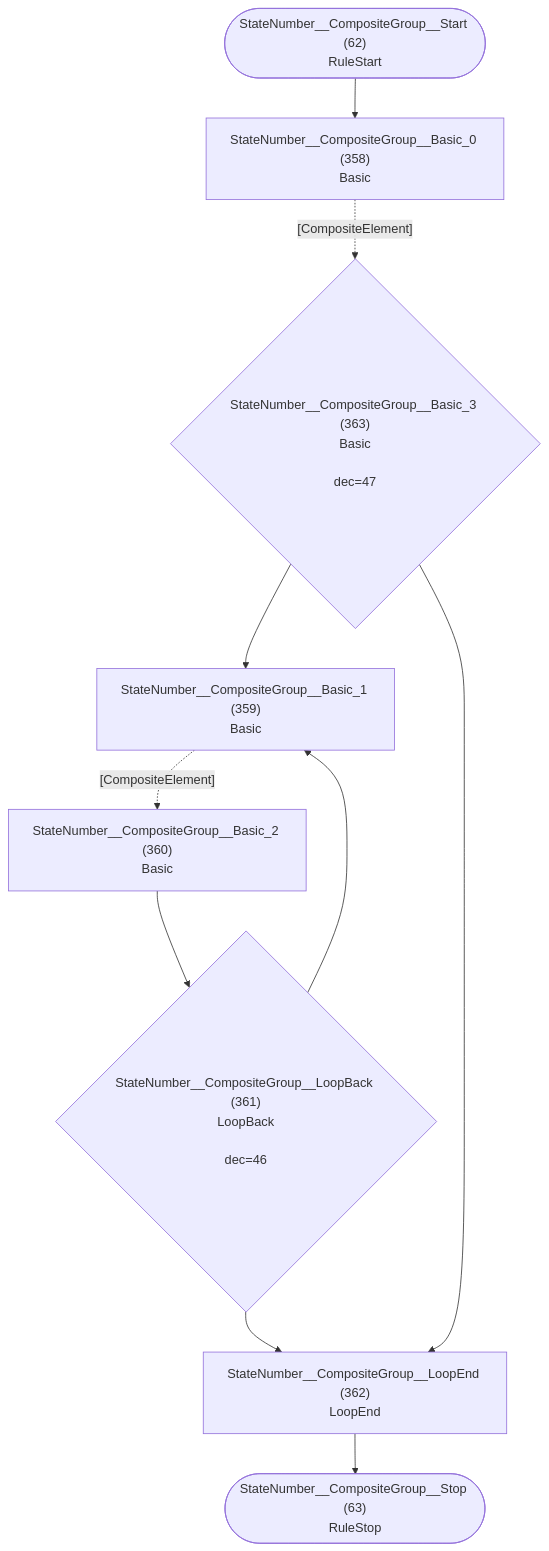
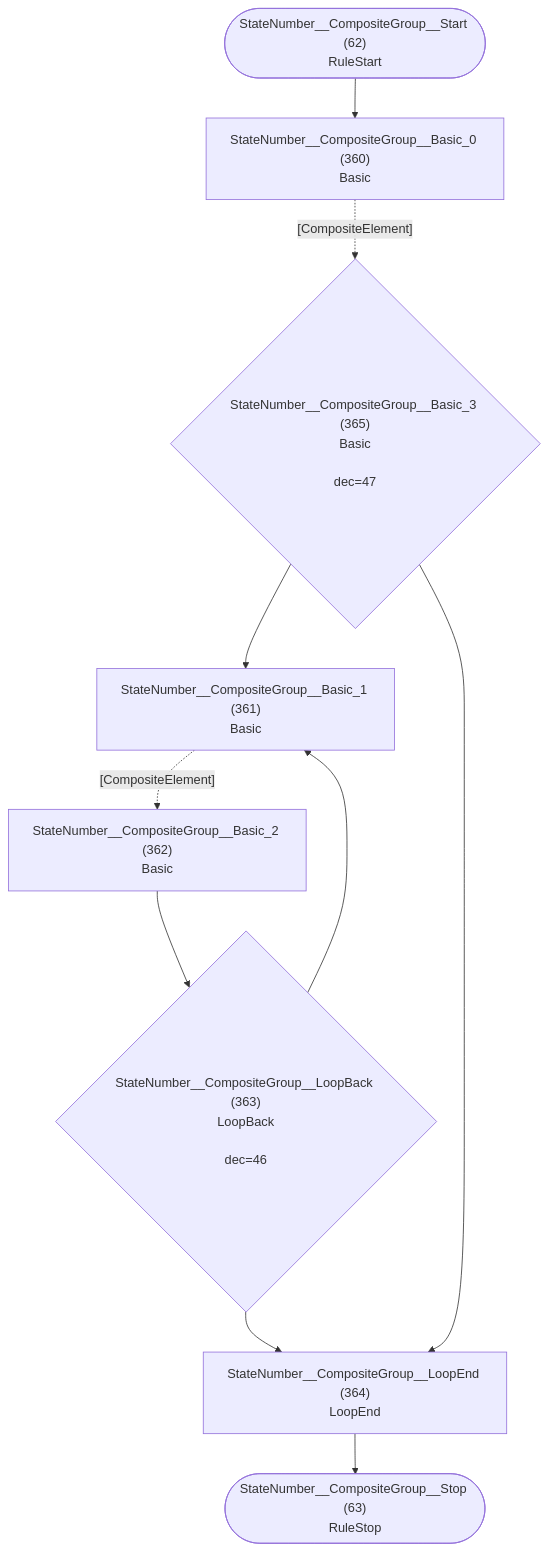
Before and after one commit to TypeFox/fastbelt: diagram 32 of 33 in internal/grammar/atn.md, drawn with Mermaid. The commit also changed other lines of this file and 18 other files, not shown here.

````diff
--- a/internal/grammar/atn.md
+++ b/internal/grammar/atn.md
@@ -960,21 +965,21 @@
 ```mermaid
 flowchart TD
     q62(["StateNumber__CompositeGroup__Start (62)<br/>RuleStart"])
     q63(["StateNumber__CompositeGroup__Stop (63)<br/>RuleStop"])
-    q358["StateNumber__CompositeGroup__Basic_0 (358)<br/>Basic<br/>"]
-    q359["StateNumber__CompositeGroup__Basic_1 (359)<br/>Basic<br/>"]
-    q360["StateNumber__CompositeGroup__Basic_2 (360)<br/>Basic<br/>"]
-    q361{"StateNumber__CompositeGroup__LoopBack (361)<br/>LoopBack<br/><br/>dec=46"}
-    q362["StateNumber__CompositeGroup__LoopEnd (362)<br/>LoopEnd<br/>"]
-    q363{"StateNumber__CompositeGroup__Basic_3 (363)<br/>Basic<br/><br/>dec=47"}
+    q360["StateNumber__CompositeGroup__Basic_0 (360)<br/>Basic<br/>"]
+    q361["StateNumber__CompositeGroup__Basic_1 (361)<br/>Basic<br/>"]
+    q362["StateNumber__CompositeGroup__Basic_2 (362)<br/>Basic<br/>"]
+    q363{"StateNumber__CompositeGroup__LoopBack (363)<br/>LoopBack<br/><br/>dec=46"}
+    q364["StateNumber__CompositeGroup__LoopEnd (364)<br/>LoopEnd<br/>"]
+    q365{"StateNumber__CompositeGroup__Basic_3 (365)<br/>Basic<br/><br/>dec=47"}
 
-    q62 --> q358
-    q358 -.->|"[CompositeElement]"| q363
-    q359 -.->|"[CompositeElement]"| q360
-    q360 --> q361
-    q361 --> q359
-    q361 --> q362
-    q362 --> q63
-    q363 --> q359
-    q363 --> q362
+    q62 --> q360
+    q360 -.->|"[CompositeElement]"| q365
+    q361 -.->|"[CompositeElement]"| q362
+    q362 --> q363
+    q363 --> q361
+    q363 --> q364
+    q364 --> q63
+    q365 --> q361
+    q365 --> q364
 ```
````
